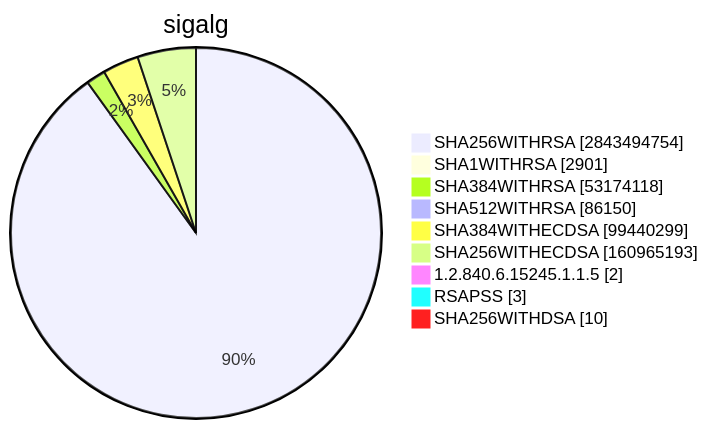
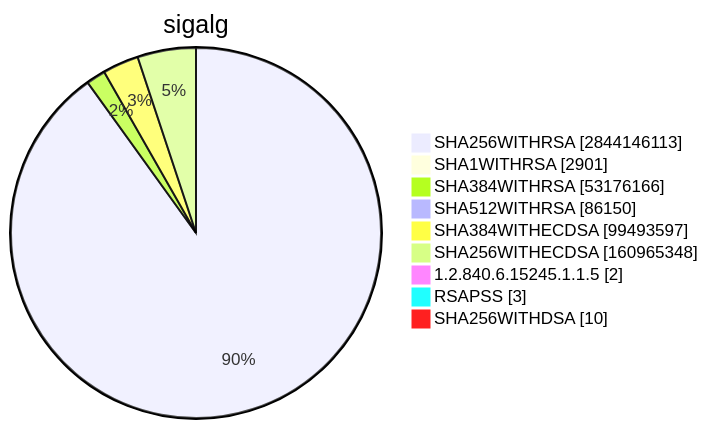
Before and after one commit to christiankrug/ctmonitor_visualization: diagram 15 of 15 in TOTAL/README.md, drawn with Mermaid. The commit also changed other lines of this file, not shown here.

````diff
--- a/TOTAL/README.md
+++ b/TOTAL/README.md
@@ -6207,13 +6207,13 @@
 ```mermaid
 pie showData
 title sigalg
-"SHA256WITHRSA" :2843494754
+"SHA256WITHRSA" :2844146113
 "SHA1WITHRSA" :2901
-"SHA384WITHRSA" :53174118
+"SHA384WITHRSA" :53176166
 "SHA512WITHRSA" :86150
-"SHA384WITHECDSA" :99440299
-"SHA256WITHECDSA" :160965193
+"SHA384WITHECDSA" :99493597
+"SHA256WITHECDSA" :160965348
 "1.2.840.6.15245.1.1.5" :2
 "RSAPSS" :3
 "SHA256WITHDSA" :10
 ```
````
